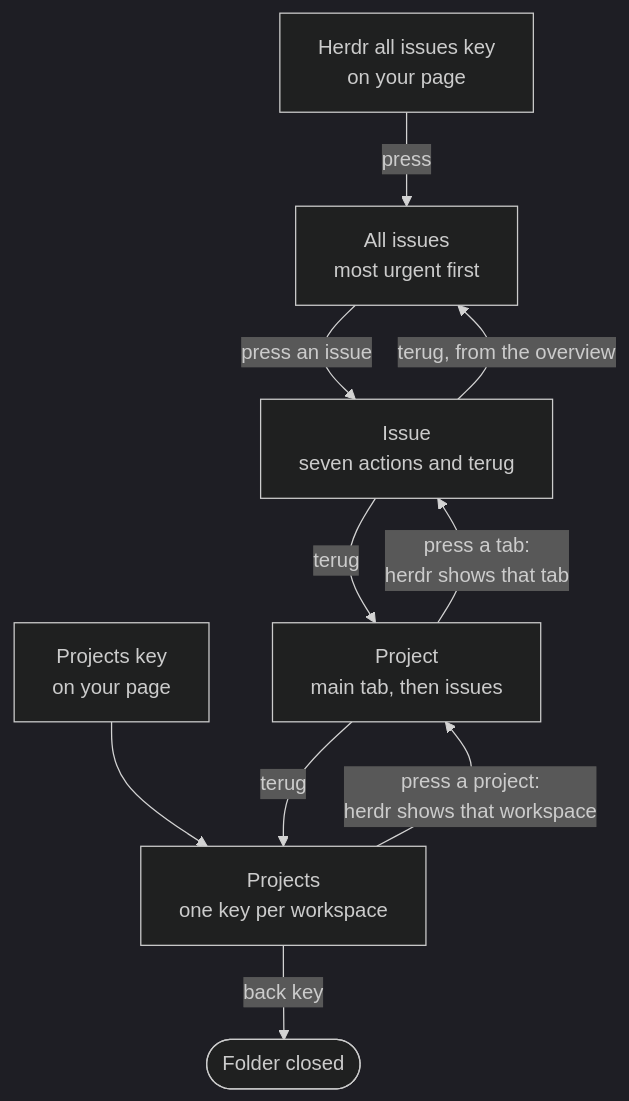
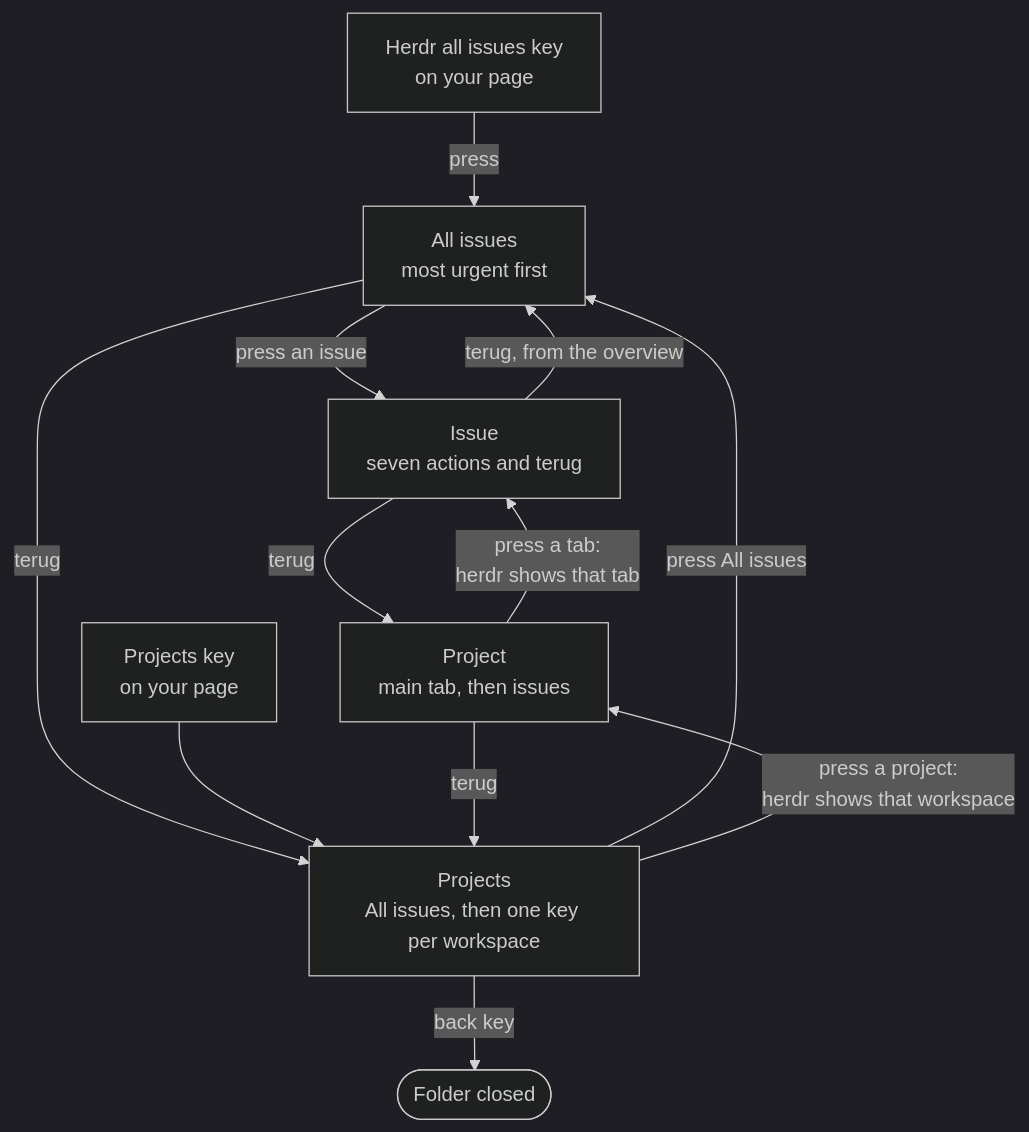
The first of 7 diagrams in docs/flows.md (PieterLuypaert/helm), drawn with Mermaid (dark theme) before and after one commit. The commit also changed other lines of this file and 4 other files, not shown here.

Commit message:
docs: show the issue count, All issues on the projects page and every way back

````diff
--- a/docs/flows.md
+++ b/docs/flows.md
@@ -47,12 +47,14 @@
 ```mermaid
 flowchart TD
     allIssues["Herdr all issues key<br/>on your page"] -->|"press"| overview["All issues<br/>most urgent first"]
     overview -->|"press an issue"| issue
-    key["Projects key<br/>on your page"] --> projects["Projects<br/>one key per workspace"]
+    overview -->|terug| projects
+    key["Projects key<br/>on your page"] --> projects["Projects<br/>All issues, then one key per workspace"]
+    projects -->|"press All issues"| overview
     projects -->|"press a project:<br/>herdr shows that workspace"| project["Project<br/>main tab, then issues"]
     project -->|"press a tab:<br/>herdr shows that tab"| issue["Issue<br/>seven actions and terug"]
     issue -->|"terug, from the overview"| overview
     issue -->|terug| project
     project -->|terug| projects
     projects -->|back key| closed(["Folder closed"])
 ```
````
